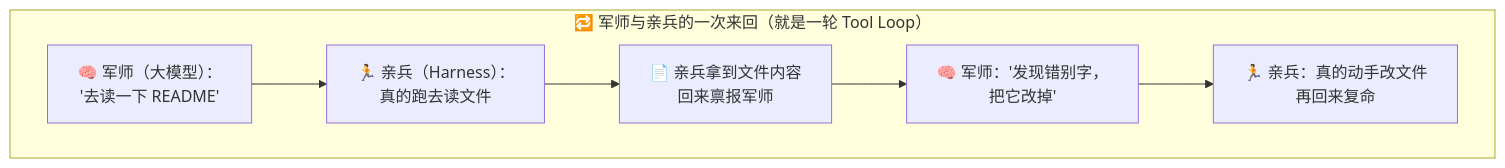
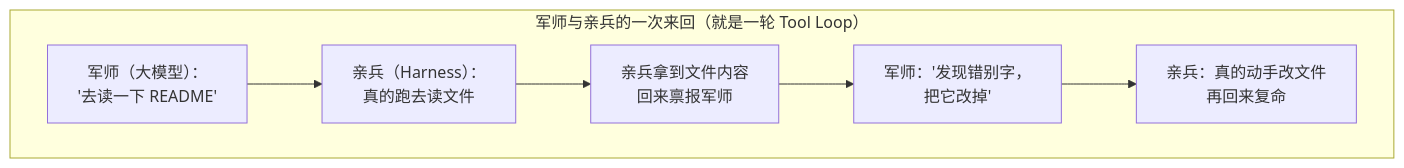
One commit to luckykhy/KhyAiHub changed the third of 7 diagrams in docs/02_CONCEPTS_概念入门/CONCEPT/[CONCEPT-16] 什么是Harness-智能体运行骨架.md. Above: the diagram before and after it, drawn with Mermaid. The commit also changed other lines of this file and 19 other files, not shown here.

````diff
--- a/docs/02_CONCEPTS_概念入门/CONCEPT/[CONCEPT-16] 什么是Harness-智能体运行骨架.md
+++ b/docs/02_CONCEPTS_概念入门/CONCEPT/[CONCEPT-16] 什么是Harness-智能体运行骨架.md
@@ -83,9 +83,9 @@
 ```mermaid
 flowchart TB
-  subgraph 一次来回["🔁 军师与亲兵的一次来回（就是一轮 Tool Loop）"]
-    M1["🧠 军师（大模型）：<br/>'去读一下 README'"] --> H1["🏃 亲兵（Harness）：<br/>真的跑去读文件"]
-    H1 --> H2["📄 亲兵拿到文件内容<br/>回来禀报军师"]
-    H2 --> M2["🧠 军师：'发现错别字，<br/>把它改掉'"]
-    M2 --> H3["🏃 亲兵：真的动手改文件<br/>再回来复命"]
+  subgraph 一次来回["军师与亲兵的一次来回（就是一轮 Tool Loop）"]
+    M1["军师（大模型）：<br/>'去读一下 README'"] --> H1["亲兵（Harness）：<br/>真的跑去读文件"]
+    H1 --> H2["亲兵拿到文件内容<br/>回来禀报军师"]
+    H2 --> M2["军师：'发现错别字，<br/>把它改掉'"]
+    M2 --> H3["亲兵：真的动手改文件<br/>再回来复命"]
   end
 ```
````
